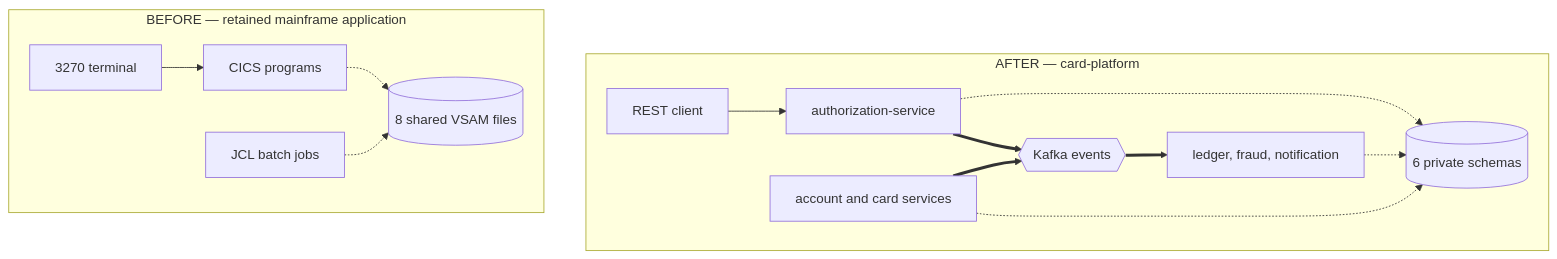
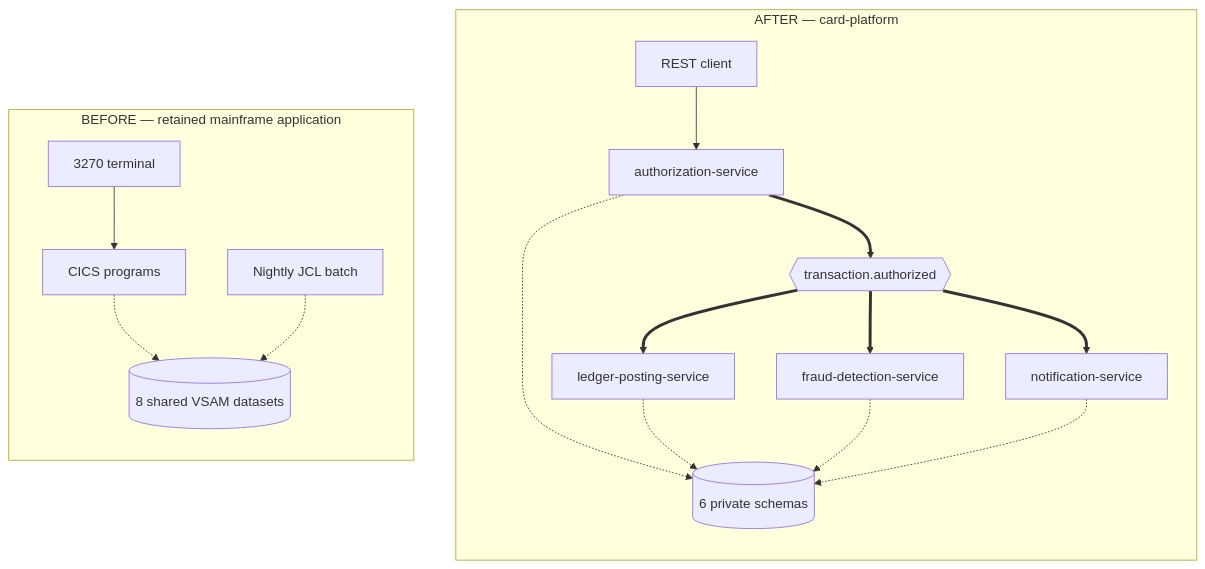
Before and after one commit to blitzy-public-samples/aws-carddemo-blitzy: the diagram in README.md, drawn with Mermaid. The commit also changed other lines of this file and 2 other files, not shown here.

````diff
--- a/README.md
+++ b/README.md
@@ -79,30 +76,35 @@
 ```mermaid
 graph LR
     subgraph BEFORE["BEFORE — retained mainframe application"]
+        direction TB
         TERM["3270 terminal"]
-        CICS["CICS programs"]
-        BATCH["JCL batch jobs"]
-        VSAM[("8 shared VSAM files")]
-        TERM --> CICS
-        CICS -.-> VSAM
+        ONLINE["CICS programs"]
+        BATCH["Nightly JCL batch"]
+        VSAM[("8 shared VSAM datasets")]
+        TERM --> ONLINE
+        ONLINE -.-> VSAM
         BATCH -.-> VSAM
     end
 
     subgraph AFTER["AFTER — card-platform"]
+        direction TB
         CLIENT["REST client"]
         AUTH["authorization-service"]
-        KAFKA{{"Kafka events"}}
-        CONSUMERS["ledger, fraud, notification"]
-        SUPPORT["account and card services"]
-        DATABASES[("6 private schemas")]
+        TOPIC{{"transaction.authorized"}}
+        LEDGER["ledger-posting-service"]
+        FRAUD["fraud-detection-service"]
+        NOTIFY["notification-service"]
+        SCHEMAS[("6 private schemas")]
         CLIENT --> AUTH
-        AUTH ==> KAFKA
-        KAFKA ==> CONSUMERS
-        SUPPORT ==> KAFKA
-        AUTH -.-> DATABASES
-        CONSUMERS -.-> DATABASES
-        SUPPORT -.-> DATABASES
+        AUTH ==> TOPIC
+        TOPIC ==> LEDGER
+        TOPIC ==> FRAUD
+        TOPIC ==> NOTIFY
+        AUTH -.-> SCHEMAS
+        LEDGER -.-> SCHEMAS
+        FRAUD -.-> SCHEMAS
+        NOTIFY -.-> SCHEMAS
     end
 
     VSAM ~~~ CLIENT
 ```
````
